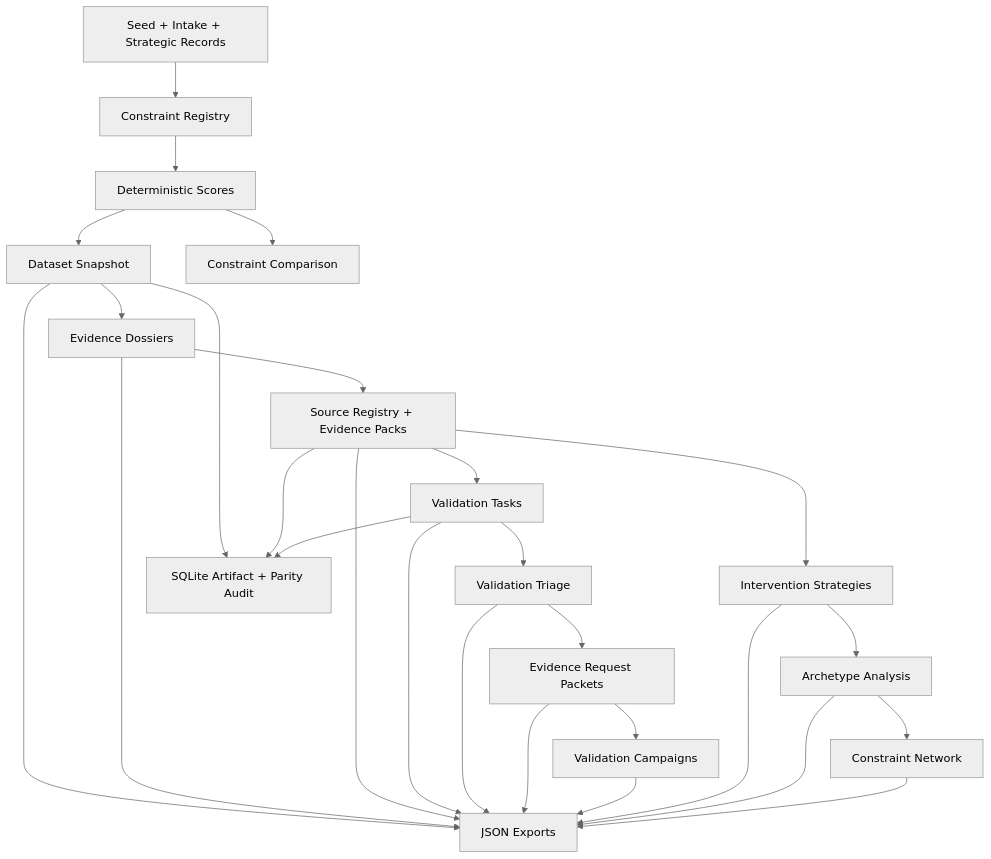
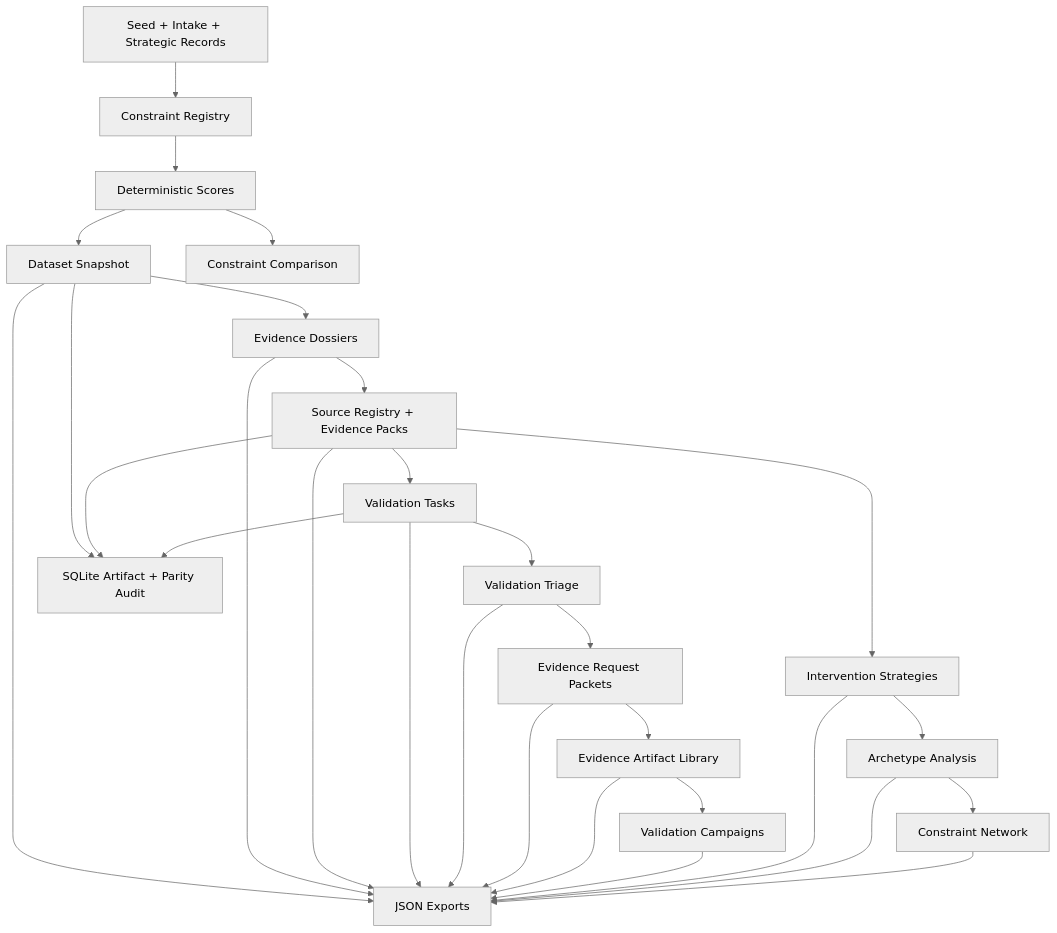
The diagram in docs/DATA_PIPELINE.md (EtherTabu/economic-x-ray-vision), drawn with Mermaid (neutral theme) before and after one commit. The commit also changed other lines of this file and 15 other files, not shown here.

Commit message:
Add evidence artifact library

````diff
--- a/docs/DATA_PIPELINE.md
+++ b/docs/DATA_PIPELINE.md
@@ -19,29 +19,31 @@
 ```mermaid
 flowchart TD
   A["Seed + Intake + Strategic Records"] --> B["Constraint Registry"]
   B --> C["Deterministic Scores"]
   C --> D["Dataset Snapshot"]
   D --> E["Evidence Dossiers"]
   E --> F["Source Registry + Evidence Packs"]
   F --> G["Validation Tasks"]
   G --> H["Validation Triage"]
   H --> I["Evidence Request Packets"]
-  I --> J["Validation Campaigns"]
+  I --> Q["Evidence Artifact Library"]
+  Q --> J["Validation Campaigns"]
   F --> K["Intervention Strategies"]
   K --> L["Archetype Analysis"]
   L --> M["Constraint Network"]
   C --> N["Constraint Comparison"]
   D --> O["SQLite Artifact + Parity Audit"]
   F --> O
   G --> O
   D --> P["JSON Exports"]
   E --> P
   F --> P
   G --> P
   H --> P
   I --> P
+  Q --> P
   J --> P
   K --> P
   L --> P
   M --> P
 ```
````
